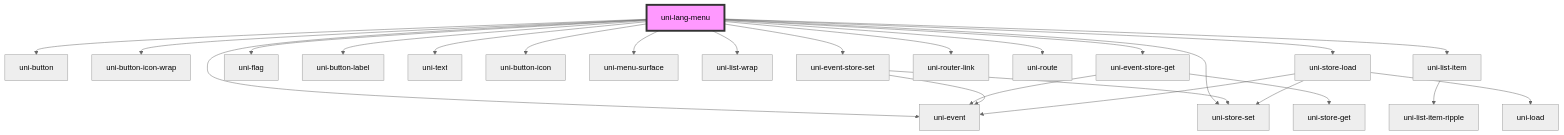
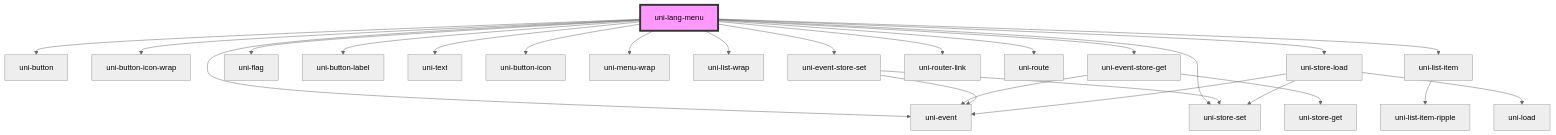
The diagram in src/lang-menu/components/@main/readme.md (uiregex/uni-localize), drawn with Mermaid (neutral theme) before and after one commit. The commit also changed other lines of this file and 6 other files, not shown here.

Commit message:
rename: menu-surface -> menu-wrap

````diff
--- a/src/lang-menu/components/@main/readme.md
+++ b/src/lang-menu/components/@main/readme.md
@@ -47,28 +47,28 @@
 ```mermaid
 graph TD;
   uni-lang-menu --> uni-event
   uni-lang-menu --> uni-store-set
   uni-lang-menu --> uni-button
   uni-lang-menu --> uni-button-icon-wrap
   uni-lang-menu --> uni-event-store-get
   uni-lang-menu --> uni-flag
   uni-lang-menu --> uni-button-label
   uni-lang-menu --> uni-text
   uni-lang-menu --> uni-button-icon
-  uni-lang-menu --> uni-menu-surface
+  uni-lang-menu --> uni-menu-wrap
   uni-lang-menu --> uni-list-wrap
   uni-lang-menu --> uni-event-store-set
   uni-lang-menu --> uni-router-link
   uni-lang-menu --> uni-route
   uni-lang-menu --> uni-list-item
   uni-lang-menu --> uni-store-load
   uni-event-store-get --> uni-event
   uni-event-store-get --> uni-store-get
   uni-event-store-set --> uni-event
   uni-event-store-set --> uni-store-set
   uni-list-item --> uni-list-item-ripple
   uni-store-load --> uni-event
   uni-store-load --> uni-store-set
   uni-store-load --> uni-load
   style uni-lang-menu fill:#f9f,stroke:#333,stroke-width:4px
 ```
````
